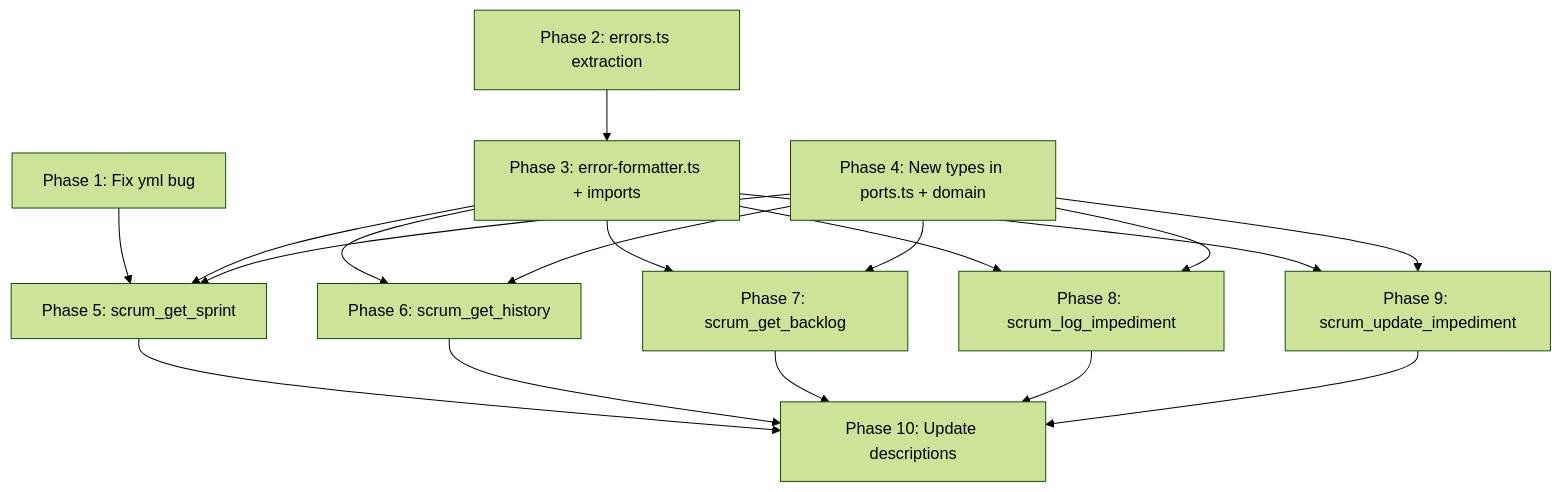
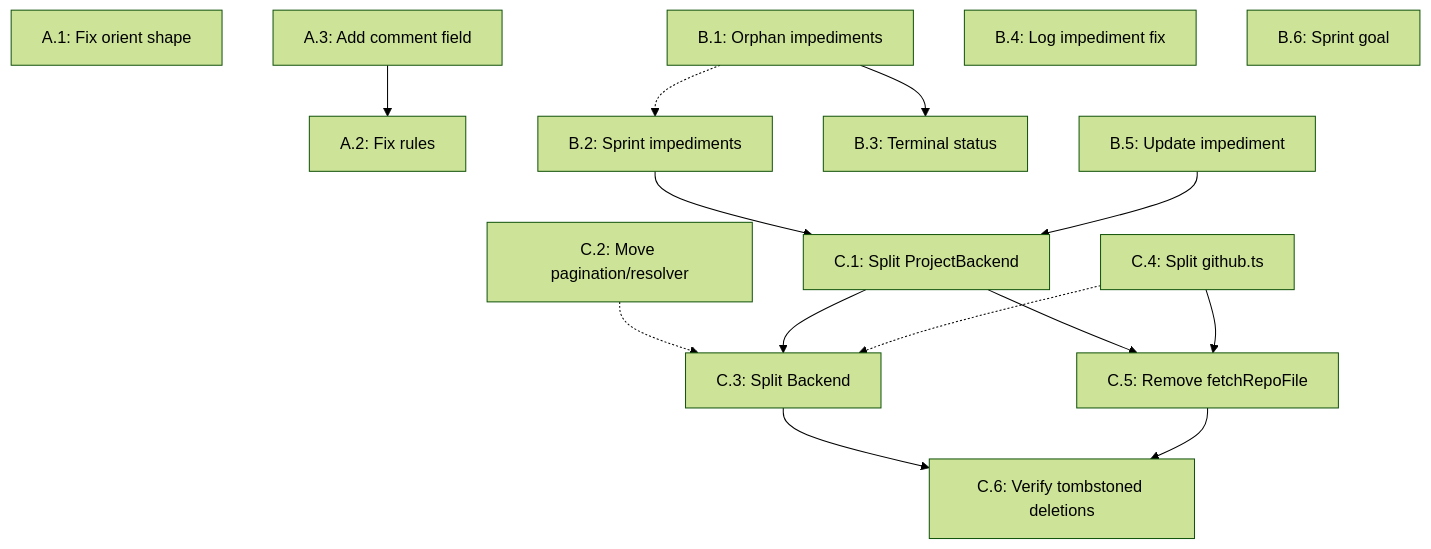
Before and after one commit to hoonsubin/github-projects-mcp-server: the diagram in tasks/TODO.md, drawn with Mermaid (forest theme). The commit also changed other lines of this file and 26 other files, not shown here.

````diff
--- a/tasks/TODO.md
+++ b/tasks/TODO.md
@@ -1229,21 +333,21 @@
 ```mermaid
-flowchart TD
-    P1[Phase 1: Fix yml bug] --> P5
-    P2[Phase 2: errors.ts extraction] --> P3
-    P3[Phase 3: error-formatter.ts + imports] --> P5
-    P3 --> P6
-    P3 --> P7
-    P3 --> P8
-    P3 --> P9
-    P4[Phase 4: New types in ports.ts + domain] --> P5
-    P4 --> P6
-    P4 --> P7
-    P4 --> P8
-    P4 --> P9
-    P5[Phase 5: scrum_get_sprint] --> P10
-    P6[Phase 6: scrum_get_history] --> P10
-    P7[Phase 7: scrum_get_backlog] --> P10
-    P8[Phase 8: scrum_log_impediment] --> P10
-    P9[Phase 9: scrum_update_impediment] --> P10
-    P10[Phase 10: Update descriptions]
+graph TD
+  A1[A.1: Fix orient shape]
+  A3[A.3: Add comment field] --> A2[A.2: Fix rules]
+
+  B1[B.1: Orphan impediments] -.-> B2[B.2: Sprint impediments]
+  B1 --> B3[B.3: Terminal status]
+  B4[B.4: Log impediment fix]
+  B5[B.5: Update impediment]
+  B6[B.6: Sprint goal]
+
+  B2 --> C1[C.1: Split ProjectBackend]
+  B5 --> C1
+  C2[C.2: Move pagination/resolver] -.-> C3[C.3: Split Backend]
+  C1 --> C3
+  C1 --> C5[C.5: Remove fetchRepoFile]
+  C4[C.4: Split github.ts] --> C5
+  C4 -.-> C3
+  C3 --> C6[C.6: Verify tombstoned deletions]
+  C5 --> C6
 ```
````
